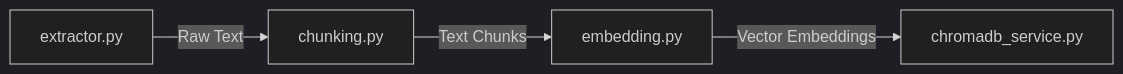
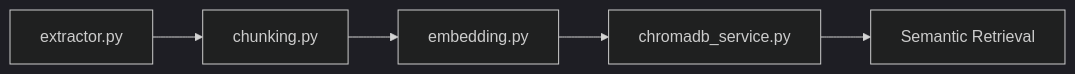
Before and after one commit to poojithamalaparaju-ctrl/Development-of-AI-Based-Knowledge-Retrieval-Platform-with-Query-Resolution-System: the fifth of 7 diagrams in PROJECT_GUIDE.md, drawn with Mermaid (dark theme). The commit also changed other lines of this file and 26 other files, not shown here.

````diff
--- a/PROJECT_GUIDE.md
+++ b/PROJECT_GUIDE.md
@@ -416,6 +487,7 @@
 ```mermaid
 graph LR
-    E[extractor.py] -->|Raw Text| C[chunking.py]
-    C -->|Text Chunks| EMB[embedding.py]
-    EMB -->|Vector Embeddings| DB[chromadb_service.py]
+    E[extractor.py] --> C[chunking.py]
+    C --> EMB[embedding.py]
+    EMB --> DB[chromadb_service.py]
+    DB --> SR[Semantic Retrieval]
 ```
````
